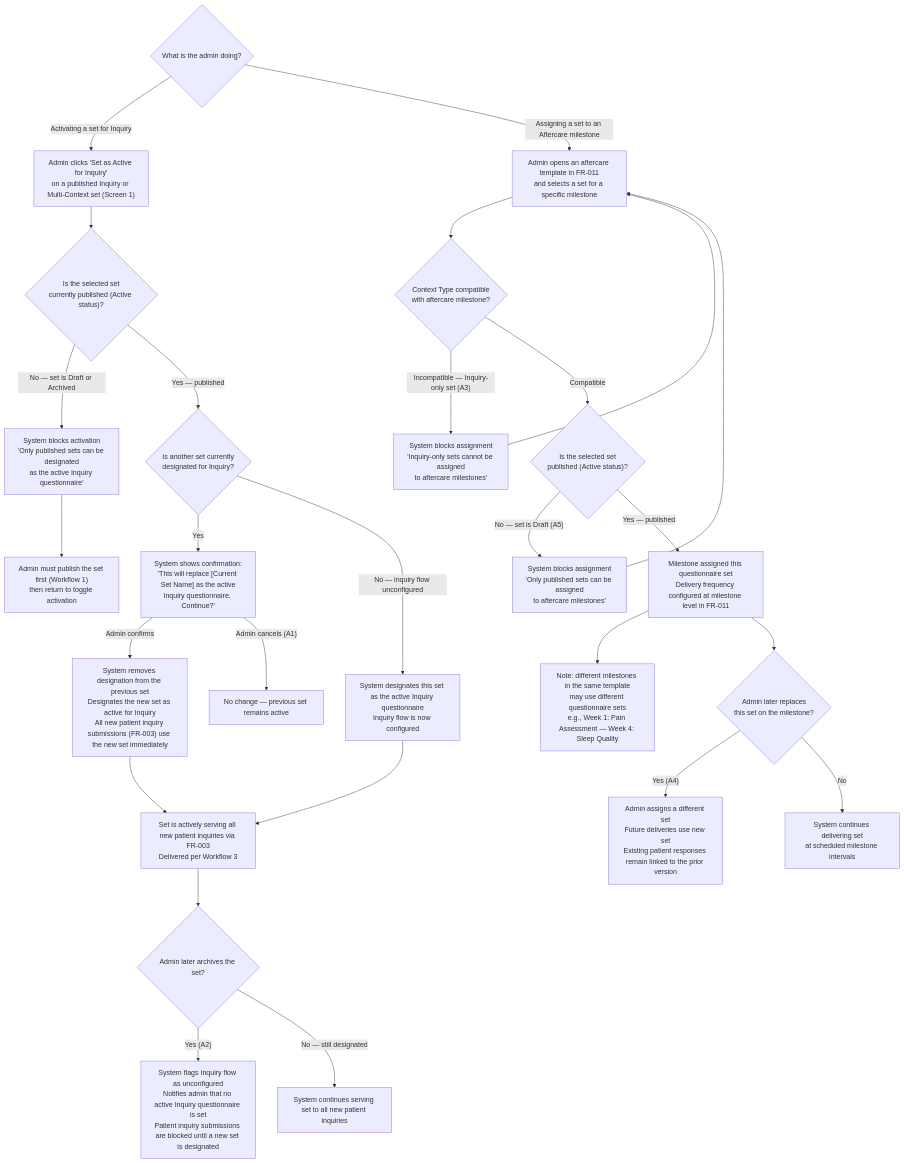
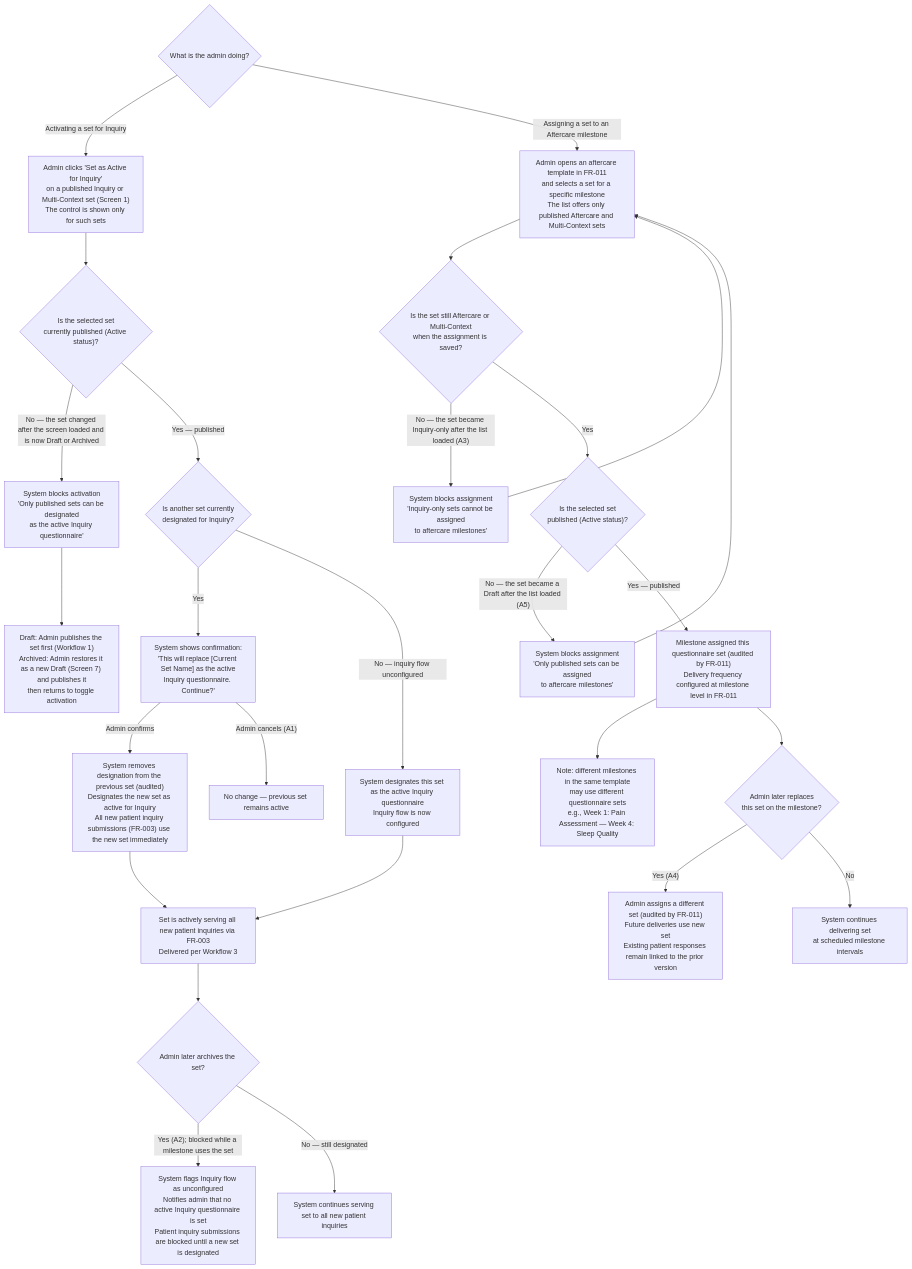
Before and after one commit to joachimtrungtuan/hairline-pm-docs: the fourth of 4 diagrams in project-requirements/functional-requirements/fr025-medical-questionnaire-management/prd.md, drawn with Mermaid. The commit also changed other lines of this file and 5 other files, not shown here.

Commit message:
docs(fr025): apply logic review pass 1 fixes to PRD and graph

````diff
--- a/project-requirements/functional-requirements/fr025-medical-questionnaire-management/prd.md
+++ b/project-requirements/functional-requirements/fr025-medical-questionnaire-management/prd.md
@@ -198,43 +216,43 @@
 ```mermaid
 flowchart TD
     START{"What is the admin doing?"}
 
-    START -->|"Activating a set for Inquiry"| TOGGLE["Admin clicks 'Set as Active for Inquiry'\non a published Inquiry or Multi-Context set (Screen 1)"]
-    START -->|"Assigning a set to an Aftercare milestone"| A_MIL["Admin opens an aftercare template in FR-011\nand selects a set for a specific milestone"]
+    START -->|"Activating a set for Inquiry"| TOGGLE["Admin clicks 'Set as Active for Inquiry'\non a published Inquiry or Multi-Context set (Screen 1)\nThe control is shown only for such sets"]
+    START -->|"Assigning a set to an Aftercare milestone"| A_MIL["Admin opens an aftercare template in FR-011\nand selects a set for a specific milestone\nThe list offers only published Aftercare and Multi-Context sets"]
 
     TOGGLE --> STATUS{"Is the selected set\ncurrently published (Active status)?"}
-    STATUS -->|"No — set is Draft or Archived"| BLOCK["System blocks activation\n'Only published sets can be designated\nas the active Inquiry questionnaire'"]
-    BLOCK --> END_BLOCK["Admin must publish the set first (Workflow 1)\nthen return to toggle activation"]
+    STATUS -->|"No — the set changed after the screen loaded and is now Draft or Archived"| BLOCK["System blocks activation\n'Only published sets can be designated\nas the active Inquiry questionnaire'"]
+    BLOCK --> END_BLOCK["Draft: Admin publishes the set first (Workflow 1)\nArchived: Admin restores it as a new Draft (Screen 7) and publishes it\nthen returns to toggle activation"]
 
     STATUS -->|"Yes — published"| EXISTING{"Is another set currently\ndesignated for Inquiry?"}
 
     EXISTING -->|"Yes"| CONFIRM["System shows confirmation:\n'This will replace [Current Set Name] as the active\nInquiry questionnaire. Continue?'"]
-    CONFIRM -->|"Admin confirms"| SWAP["System removes designation from the previous set\nDesignates the new set as active for Inquiry\nAll new patient inquiry submissions (FR-003) use the new set immediately"]
+    CONFIRM -->|"Admin confirms"| SWAP["System removes designation from the previous set (audited)\nDesignates the new set as active for Inquiry\nAll new patient inquiry submissions (FR-003) use the new set immediately"]
     CONFIRM -->|"Admin cancels (A1)"| CANCEL["No change — previous set remains active"]
 
     EXISTING -->|"No — inquiry flow unconfigured"| FIRST["System designates this set as the active Inquiry questionnaire\nInquiry flow is now configured"]
 
     SWAP --> SERVING["Set is actively serving all new patient inquiries via FR-003\nDelivered per Workflow 3"]
     FIRST --> SERVING
 
     SERVING --> DEACT{"Admin later archives the set?"}
-    DEACT -->|"Yes (A2)"| FLAG["System flags Inquiry flow as unconfigured\nNotifies admin that no active Inquiry questionnaire is set\nPatient inquiry submissions are blocked until a new set is designated"]
+    DEACT -->|"Yes (A2); blocked while a milestone uses the set"| FLAG["System flags Inquiry flow as unconfigured\nNotifies admin that no active Inquiry questionnaire is set\nPatient inquiry submissions are blocked until a new set is designated"]
     DEACT -->|"No — still designated"| CONTINUE["System continues serving set to all new patient inquiries"]
 
     %% Aftercare path
-    A_MIL --> A_CTXCHK{"Context Type compatible\nwith aftercare milestone?"}
-    A_CTXCHK -->|"Incompatible — Inquiry-only set (A3)"| A_BLOCK["System blocks assignment\n'Inquiry-only sets cannot be assigned\nto aftercare milestones'"]
+    A_MIL --> A_CTXCHK{"Is the set still Aftercare or Multi-Context\nwhen the assignment is saved?"}
+    A_CTXCHK -->|"No — the set became Inquiry-only after the list loaded (A3)"| A_BLOCK["System blocks assignment\n'Inquiry-only sets cannot be assigned\nto aftercare milestones'"]
     A_BLOCK --> A_MIL
 
-    A_CTXCHK -->|"Compatible"| A_STATCHK{"Is the selected set\npublished (Active status)?"}
-    A_STATCHK -->|"No — set is Draft (A5)"| A_DRAFTBLOCK["System blocks assignment\n'Only published sets can be assigned\nto aftercare milestones'"]
+    A_CTXCHK -->|"Yes"| A_STATCHK{"Is the selected set\npublished (Active status)?"}
+    A_STATCHK -->|"No — the set became a Draft after the list loaded (A5)"| A_DRAFTBLOCK["System blocks assignment\n'Only published sets can be assigned\nto aftercare milestones'"]
     A_DRAFTBLOCK --> A_MIL
 
-    A_STATCHK -->|"Yes — published"| A_ASSIGN["Milestone assigned this questionnaire set\nDelivery frequency configured at milestone level in FR-011"]
+    A_STATCHK -->|"Yes — published"| A_ASSIGN["Milestone assigned this questionnaire set (audited by FR-011)\nDelivery frequency configured at milestone level in FR-011"]
 
     A_ASSIGN --> A_MULTI["Note: different milestones in the same template\nmay use different questionnaire sets\ne.g., Week 1: Pain Assessment — Week 4: Sleep Quality"]
 
     A_ASSIGN --> A_REPLACE{"Admin later replaces\nthis set on the milestone?"}
-    A_REPLACE -->|"Yes (A4)"| A_NEWSET["Admin assigns a different set\nFuture deliveries use new set\nExisting patient responses remain linked to the prior version"]
+    A_REPLACE -->|"Yes (A4)"| A_NEWSET["Admin assigns a different set (audited by FR-011)\nFuture deliveries use new set\nExisting patient responses remain linked to the prior version"]
     A_REPLACE -->|"No"| A_SERVE["System continues delivering set\nat scheduled milestone intervals"]
 ```
````
